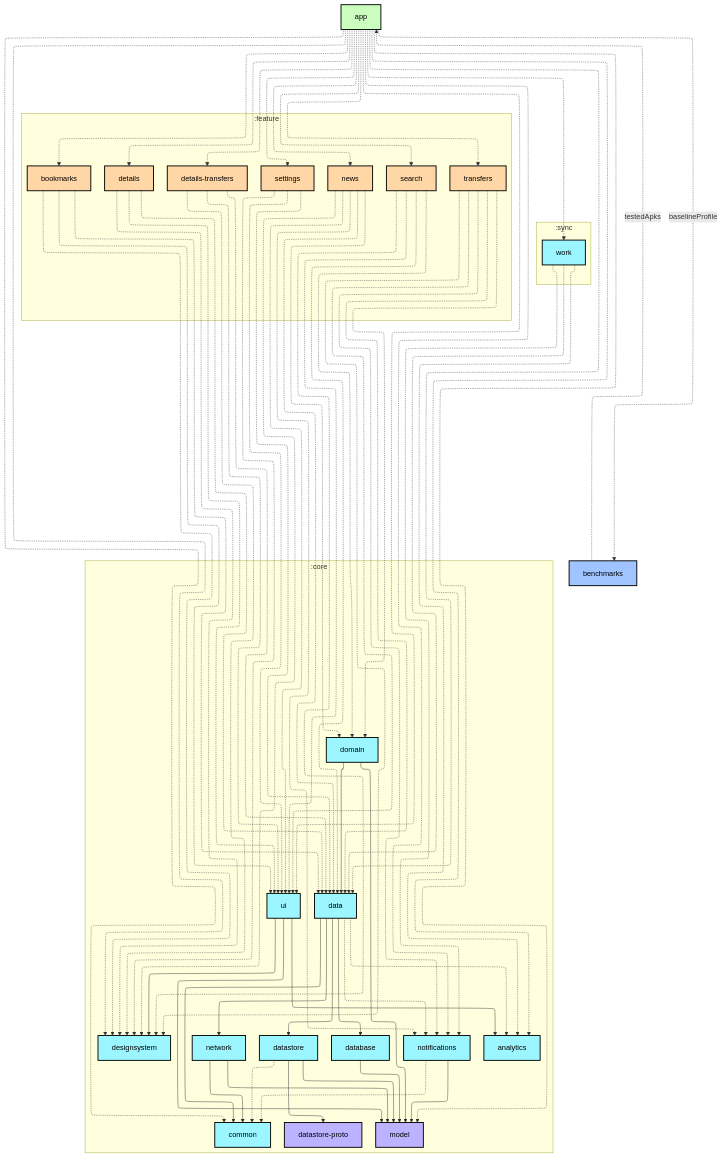
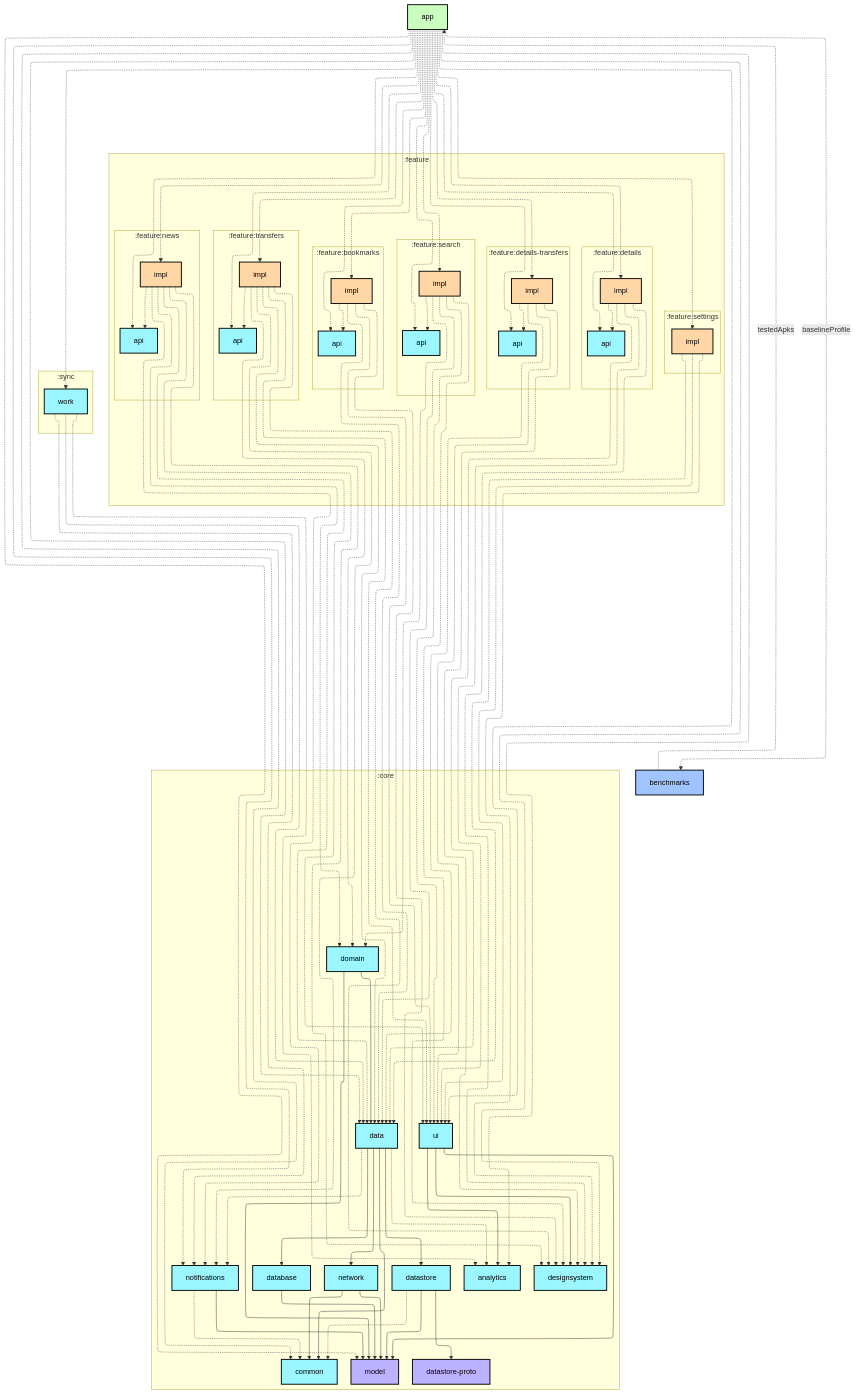
The first of 2 diagrams in benchmarks/README.md (krystianchalimoniuk/nowinkitransferowe), drawn with Mermaid before and after one commit. The commit also changed 158 other files, not shown here.

First line of the commit message:
Split feature modules into api and impl modules

```diff
--- a/benchmarks/README.md
+++ b/benchmarks/README.md
@@ -11,19 +11,46 @@
     nodePlacementStrategy: SIMPLE
 ---
 graph TB
+  subgraph :feature
+    direction TB
+    subgraph :feature:settings
+      direction TB
+      :feature:settings:impl[impl]:::android-feature
+    end
+    subgraph :feature:news
+      direction TB
+      :feature:news:api[api]:::android-library
+      :feature:news:impl[impl]:::android-feature
+    end
+    subgraph :feature:transfers
+      direction TB
+      :feature:transfers:api[api]:::android-library
+      :feature:transfers:impl[impl]:::android-feature
+    end
+    subgraph :feature:bookmarks
+      direction TB
+      :feature:bookmarks:api[api]:::android-library
+      :feature:bookmarks:impl[impl]:::android-feature
+    end
+    subgraph :feature:details
+      direction TB
+      :feature:details:api[api]:::android-library
+      :feature:details:impl[impl]:::android-feature
+    end
+    subgraph :feature:search
+      direction TB
+      :feature:search:api[api]:::android-library
+      :feature:search:impl[impl]:::android-feature
+    end
+    subgraph :feature:details-transfers
+      direction TB
+      :feature:details-transfers:api[api]:::android-library
+      :feature:details-transfers:impl[impl]:::android-feature
+    end
+  end
   subgraph :sync
     direction TB
     :sync:work[work]:::android-library
-  end
-  subgraph :feature
-    direction TB
-    :feature:bookmarks[bookmarks]:::android-feature
-    :feature:details[details]:::android-feature
-    :feature:details-transfers[details-transfers]:::android-feature
-    :feature:news[news]:::android-feature
-    :feature:search[search]:::android-feature
-    :feature:settings[settings]:::android-feature
-    :feature:transfers[transfers]:::android-feature
   end
   subgraph :core
     direction TB
@@ -51,13 +78,19 @@
   :app -.-> :core:model
   :app -.-> :core:notifications
   :app -.-> :core:ui
-  :app -.-> :feature:bookmarks
-  :app -.-> :feature:details
-  :app -.-> :feature:details-transfers
-  :app -.-> :feature:news
-  :app -.-> :feature:search
-  :app -.-> :feature:settings
-  :app -.-> :feature:transfers
+  :app -.-> :feature:bookmarks:api
+  :app -.-> :feature:bookmarks:impl
+  :app -.-> :feature:details-transfers:api
+  :app -.-> :feature:details-transfers:impl
+  :app -.-> :feature:details:api
+  :app -.-> :feature:details:impl
+  :app -.-> :feature:news:api
+  :app -.-> :feature:news:impl
+  :app -.-> :feature:search:api
+  :app -.-> :feature:search:impl
+  :app -.-> :feature:settings:impl
+  :app -.-> :feature:transfers:api
+  :app -.-> :feature:transfers:impl
   :app -.-> :sync:work
   :benchmarks -.->|testedApks| :app
   :core:data -.-> :core:analytics
@@ -79,32 +112,38 @@
   :core:ui --> :core:analytics
   :core:ui --> :core:designsystem
   :core:ui --> :core:model
-  :feature:bookmarks -.-> :core:data
-  :feature:bookmarks -.-> :core:designsystem
-  :feature:bookmarks -.-> :core:ui
-  :feature:details -.-> :core:data
-  :feature:details -.-> :core:designsystem
-  :feature:details -.-> :core:ui
-  :feature:details-transfers -.-> :core:data
-  :feature:details-transfers -.-> :core:designsystem
-  :feature:details-transfers -.-> :core:ui
-  :feature:news -.-> :core:data
-  :feature:news -.-> :core:designsystem
-  :feature:news -.-> :core:domain
-  :feature:news -.-> :core:notifications
-  :feature:news -.-> :core:ui
-  :feature:search -.-> :core:data
-  :feature:search -.-> :core:designsystem
-  :feature:search -.-> :core:domain
-  :feature:search -.-> :core:ui
-  :feature:settings -.-> :core:data
-  :feature:settings -.-> :core:designsystem
-  :feature:settings -.-> :core:ui
-  :feature:transfers -.-> :core:data
-  :feature:transfers -.-> :core:designsystem
-  :feature:transfers -.-> :core:domain
-  :feature:transfers -.-> :core:notifications
-  :feature:transfers -.-> :core:ui
+  :feature:bookmarks:impl -.-> :core:data
+  :feature:bookmarks:impl -.-> :core:designsystem
+  :feature:bookmarks:impl -.-> :core:ui
+  :feature:bookmarks:impl -.-> :feature:bookmarks:api
+  :feature:details-transfers:impl -.-> :core:data
+  :feature:details-transfers:impl -.-> :core:designsystem
+  :feature:details-transfers:impl -.-> :core:ui
+  :feature:details-transfers:impl -.-> :feature:details-transfers:api
+  :feature:details:impl -.-> :core:data
+  :feature:details:impl -.-> :core:designsystem
+  :feature:details:impl -.-> :core:ui
+  :feature:details:impl -.-> :feature:details:api
+  :feature:news:impl -.-> :core:data
+  :feature:news:impl -.-> :core:designsystem
+  :feature:news:impl -.-> :core:domain
+  :feature:news:impl -.-> :core:notifications
+  :feature:news:impl -.-> :core:ui
+  :feature:news:impl -.-> :feature:news:api
+  :feature:search:impl -.-> :core:data
+  :feature:search:impl -.-> :core:designsystem
+  :feature:search:impl -.-> :core:domain
+  :feature:search:impl -.-> :core:ui
+  :feature:search:impl -.-> :feature:search:api
+  :feature:settings:impl -.-> :core:data
+  :feature:settings:impl -.-> :core:designsystem
+  :feature:settings:impl -.-> :core:ui
+  :feature:transfers:impl -.-> :core:data
+  :feature:transfers:impl -.-> :core:designsystem
+  :feature:transfers:impl -.-> :core:domain
+  :feature:transfers:impl -.-> :core:notifications
+  :feature:transfers:impl -.-> :core:ui
+  :feature:transfers:impl -.-> :feature:transfers:api
   :sync:work -.-> :core:analytics
   :sync:work -.-> :core:data
   :sync:work -.-> :core:notifications
```
